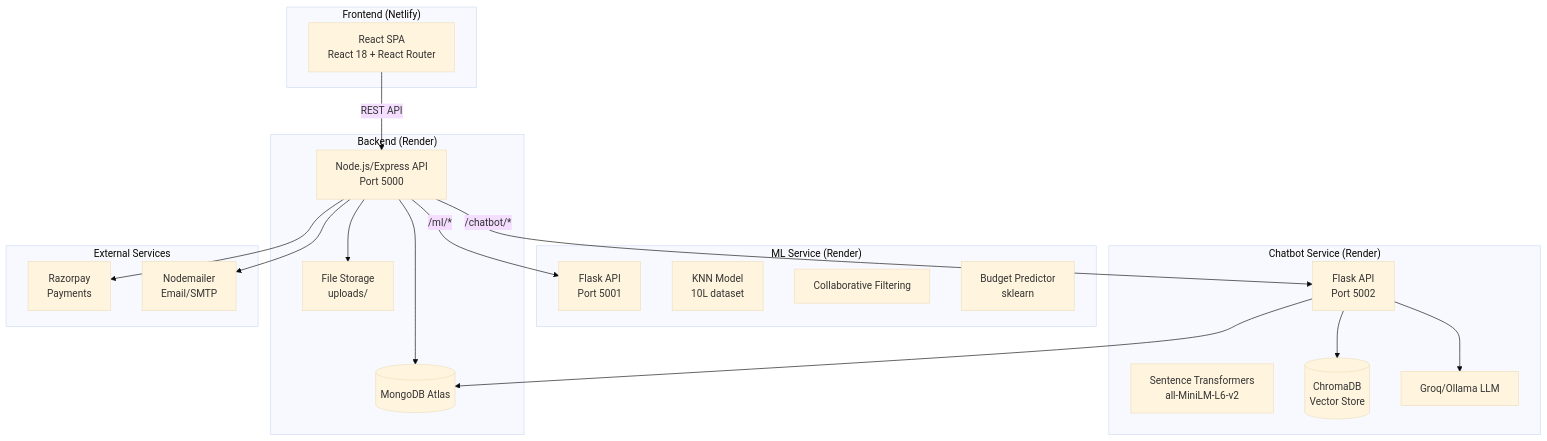
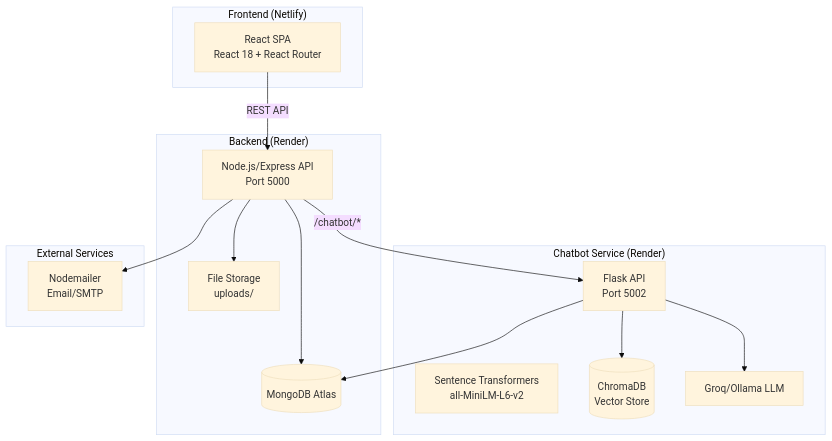
The first of 2 diagrams in architecture.md (mathanmichaelraj-byte/acaconnect), drawn with Mermaid (base theme) before and after one commit. The commit also changed other lines of this file and 35 other files, not shown here.

````diff
--- a/architecture.md
+++ b/architecture.md
@@ -9,42 +9,32 @@
 ```mermaid
 graph TB
     subgraph "Frontend (Netlify)"
         FE[React SPA<br/>React 18 + React Router]
     end
 
     subgraph "Backend (Render)"
         BE[Node.js/Express API<br/>Port 5000]
         DB[(MongoDB Atlas)]
         FS[File Storage<br/>uploads/]
     end
 
-    subgraph "ML Service (Render)"
-        ML[Flask API<br/>Port 5001]
-        KNN[KNN Model<br/>10L dataset]
-        CF[Collaborative Filtering]
-        BM[Budget Predictor<br/>sklearn]
-    end
-
     subgraph "Chatbot Service (Render)"
         CB[Flask API<br/>Port 5002]
         EMB[Sentence Transformers<br/>all-MiniLM-L6-v2]
         VDB[(ChromaDB<br/>Vector Store)]
         LLM[Groq/Ollama LLM]
     end
 
     subgraph "External Services"
-        RZ[Razorpay<br/>Payments]
         NM[Nodemailer<br/>Email/SMTP]
     end
 
     FE -->|REST API| BE
     BE --> DB
     BE --> FS
-    BE -->|/ml/*| ML
     BE -->|/chatbot/*| CB
-    BE --> RZ
     BE --> NM
     CB --> DB
     CB --> VDB
     CB --> LLM
 ```
````
